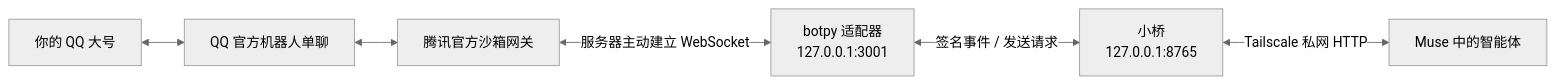
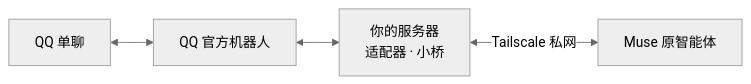
The diagram in README.md (anan-21/muse-qq-bridge), drawn with Mermaid (neutral theme) before and after one commit. The commit also changed other lines of this file and 2 other files, not shown here.

````diff
--- a/README.md
+++ b/README.md
@@ -15,8 +35,6 @@
 ```mermaid
 flowchart LR
-    U[你的 QQ 大号] <--> Q[QQ 官方机器人单聊]
-    Q <--> G[腾讯官方沙箱网关]
-    G <-->|服务器主动建立 WebSocket| A[botpy 适配器\n127.0.0.1:3001]
-    A <-->|签名事件 / 发送请求| B[小桥\n127.0.0.1:8765]
-    B <-->|Tailscale 私网 HTTP| M[Muse 中的智能体]
+    QQ[QQ 单聊] <--> Bot[QQ 官方机器人]
+    Bot <--> Server["你的服务器<br/>适配器 · 小桥"]
+    Server <-->|Tailscale 私网| Muse[Muse 原智能体]
 ```
````
